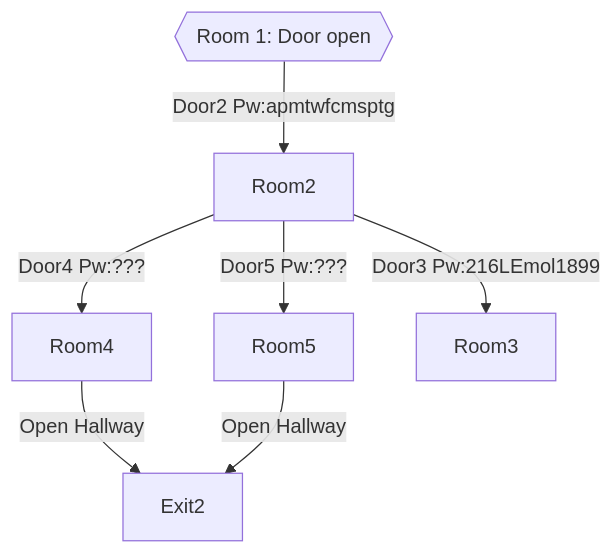
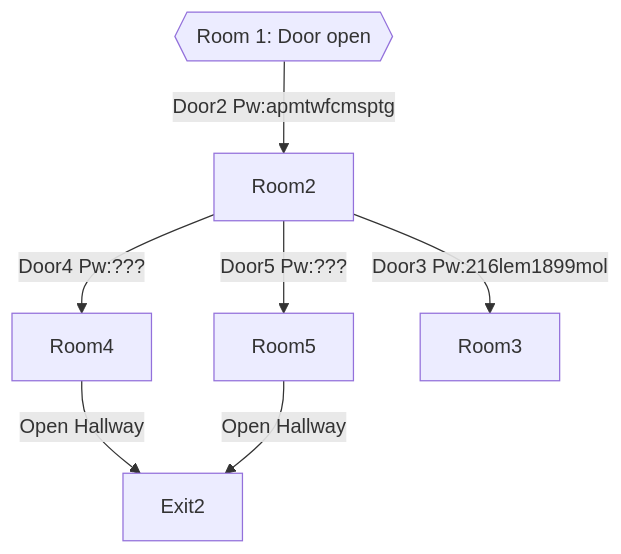
Before and after one commit to 3ncy/ARRS-s6: the diagram in Users/overseer_lr4.md, drawn with Mermaid.

````diff
--- a/Users/overseer_lr4.md
+++ b/Users/overseer_lr4.md
@@ -65,10 +65,10 @@
 ```mermaid
 graph TD;
 start{{Room 1: Door open}} --Door2 Pw:apmtwfcmsptg--> Room2
 Room2 --Door5 Pw:???--> Room5
 Room2 --Door4 Pw:???--> Room4
-Room2 --Door3 Pw:216LEmol1899--> Room3
+Room2 --Door3 Pw:216lem1899mol--> Room3
 Room4 --Open Hallway--> Exit2
 Room5 --Open Hallway--> Exit2
 
 ```
````
